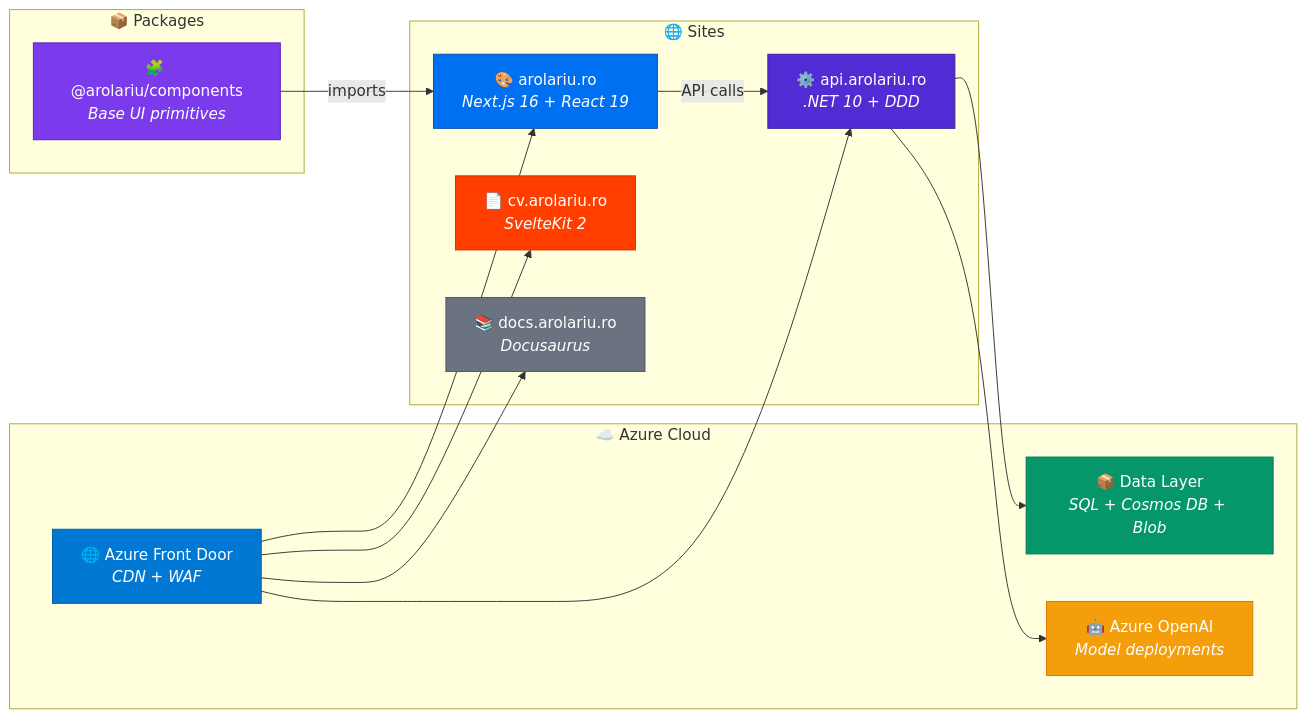
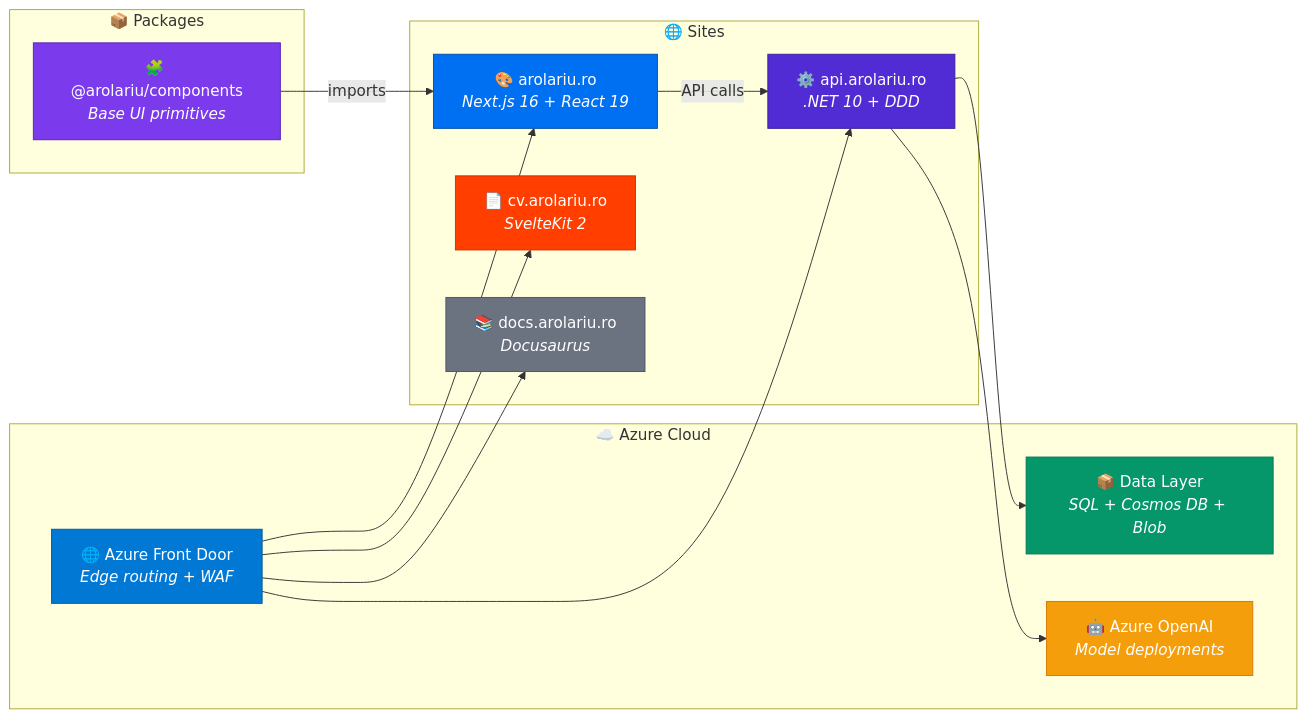
Before and after one commit to arolariu/arolariu.ro: the first of 4 diagrams in README.md, drawn with Mermaid. The commit also changed other lines of this file and 36 other files, not shown here.

````diff
--- a/README.md
+++ b/README.md
@@ -671,37 +671,37 @@
 ```mermaid
 graph LR
     subgraph "📦 Packages"
         COMP["🧩 @arolariu/components<br/><i>Base UI primitives</i>"]
     end
 
     subgraph "🌐 Sites"
         WEB["🎨 arolariu.ro<br/><i>Next.js 16 + React 19</i>"]
         API["⚙️ api.arolariu.ro<br/><i>.NET 10 + DDD</i>"]
         CV["📄 cv.arolariu.ro<br/><i>SvelteKit 2</i>"]
         DOCS["📚 docs.arolariu.ro<br/><i>Docusaurus</i>"]
     end
 
     subgraph "☁️ Azure Cloud"
-        AFD["🌐 Azure Front Door<br/><i>CDN + WAF</i>"]
+        AFD["🌐 Azure Front Door<br/><i>Edge routing + WAF</i>"]
         DATA["📦 Data Layer<br/><i>SQL + Cosmos DB + Blob</i>"]
         AI["🤖 Azure OpenAI<br/><i>Model deployments</i>"]
     end
 
     COMP -->|imports| WEB
     WEB -->|API calls| API
     API --> DATA
     API --> AI
     AFD --> WEB
     AFD --> API
     AFD --> CV
     AFD --> DOCS
 
     style COMP fill:#7c3aed,stroke:#5b21b6,color:#fff
     style WEB fill:#0070f3,stroke:#0051a8,color:#fff
     style API fill:#512bd4,stroke:#3b1f9e,color:#fff
     style CV fill:#ff3e00,stroke:#cc3200,color:#fff
     style DOCS fill:#6b7280,stroke:#4b5563,color:#fff
     style AFD fill:#0078d4,stroke:#005a9e,color:#fff
     style DATA fill:#059669,stroke:#047857,color:#fff
     style AI fill:#f59e0b,stroke:#d97706,color:#fff
 ```
````
